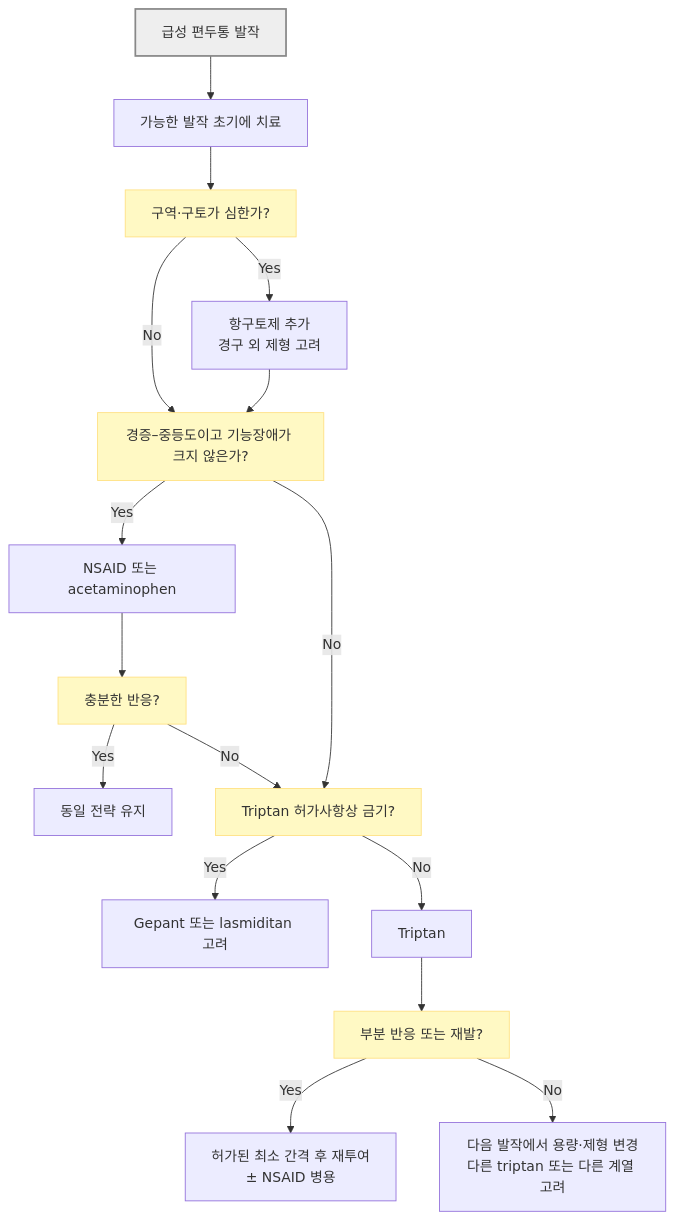
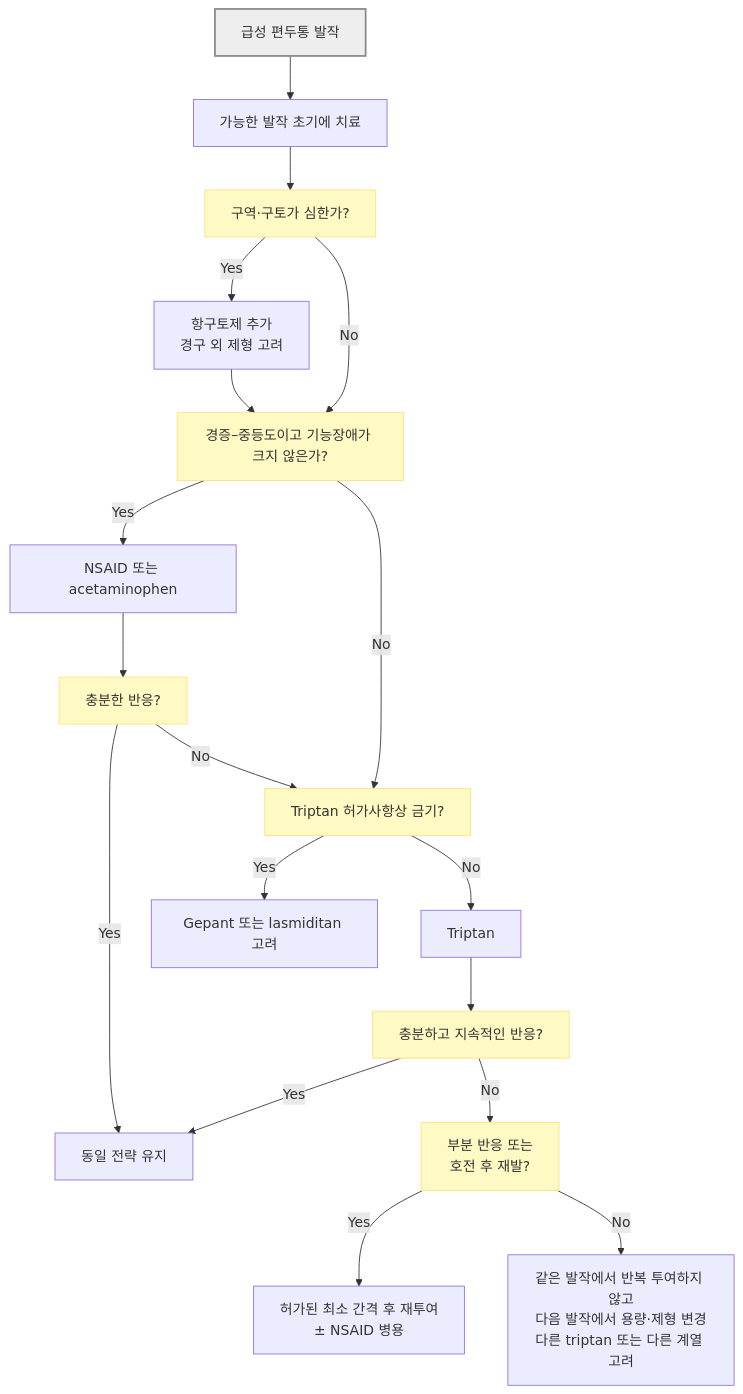
One commit to familyoh77/familyoh77 changed the second of 2 diagrams in 221_/016_-migraine.md. Above: the diagram before and after it, drawn with Mermaid. The commit also changed other lines of this file, not shown here.

````diff
--- a/221_/016_-migraine.md
+++ b/221_/016_-migraine.md
@@ -346,22 +346,24 @@
 ```mermaid
 flowchart TD
     A["급성 편두통 발작"] --> B["가능한 발작 초기에 치료"]
     B --> C["구역·구토가 심한가?"]
     C -- "Yes" --> D["항구토제 추가<br/>경구 외 제형 고려"]
     C -- "No" --> E["경증–중등도이고 기능장애가 크지 않은가?"]
     D --> E
     E -- "Yes" --> F["NSAID 또는 acetaminophen"]
     F --> G["충분한 반응?"]
     G -- "Yes" --> H["동일 전략 유지"]
     G -- "No" --> I["Triptan 허가사항상 금기?"]
     E -- "No" --> I
     I -- "Yes" --> J["Gepant 또는 lasmiditan 고려"]
     I -- "No" --> K["Triptan"]
-    K --> L["부분 반응 또는 재발?"]
+    K --> L0["충분하고 지속적인 반응?"]
+    L0 -- "Yes" --> H
+    L0 -- "No" --> L["부분 반응 또는<br/>호전 후 재발?"]
     L -- "Yes" --> M["허가된 최소 간격 후 재투여<br/>± NSAID 병용"]
-    L -- "No" --> N["다음 발작에서 용량·제형 변경<br/>다른 triptan 또는 다른 계열 고려"]
+    L -- "No" --> N["같은 발작에서 반복 투여하지 않고<br/>다음 발작에서 용량·제형 변경<br/>다른 triptan 또는 다른 계열 고려"]
     classDef question fill:#fff9c4,stroke:#ffe082
     classDef startNode fill:#eeeeee,stroke:#888888,stroke-width:2px
     class A startNode
-    class C,E,G,I,L question
+    class C,E,G,I,L,L0 question
 ```
````
